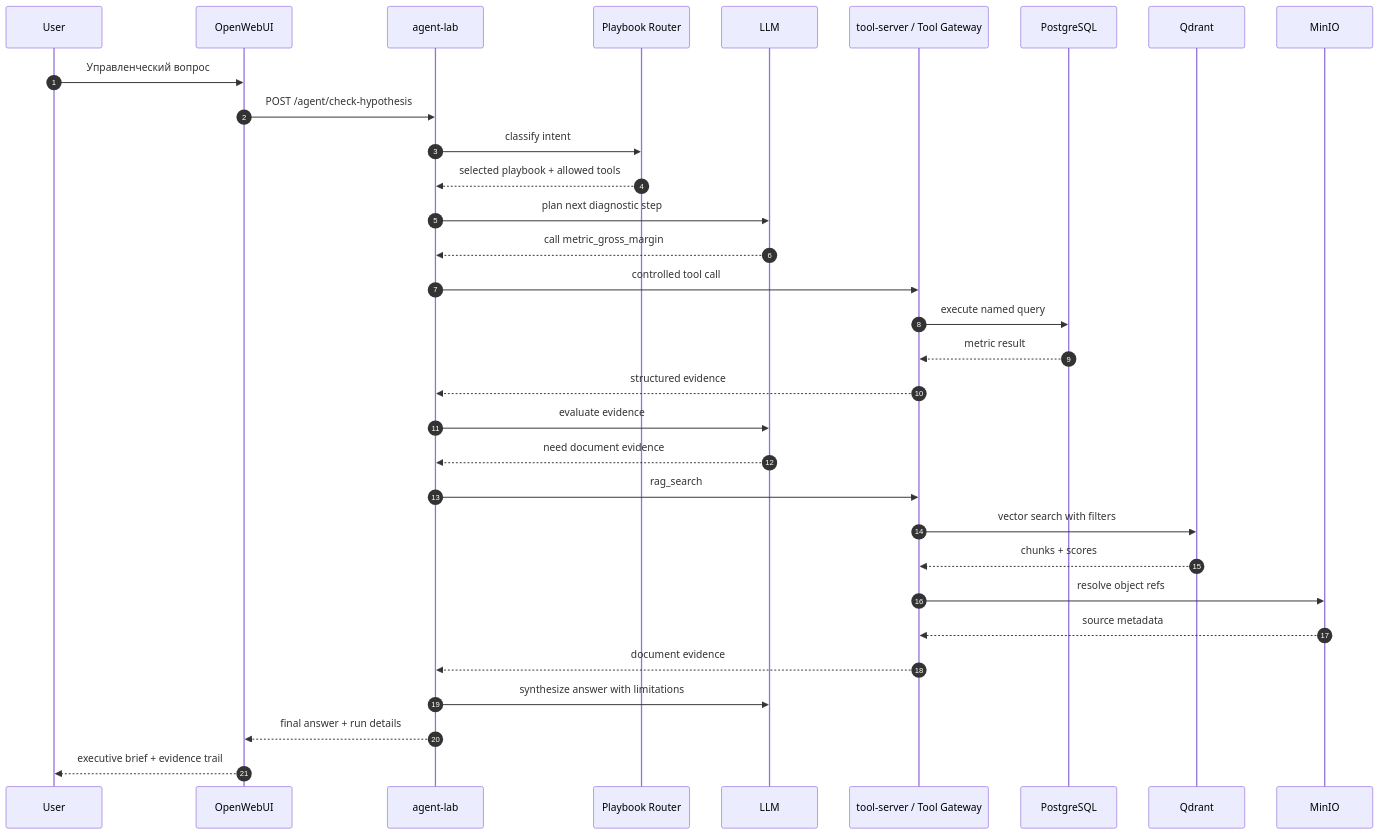
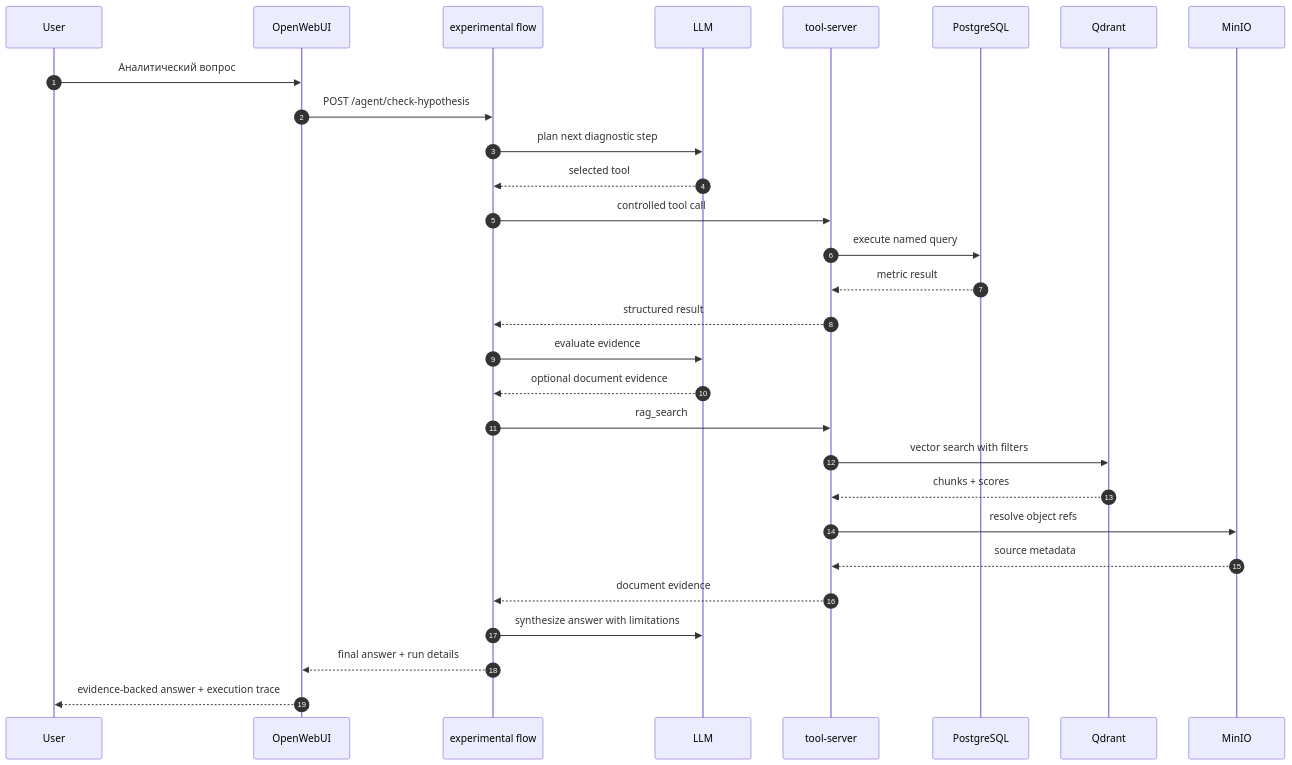
One commit to flatura/portfolio changed the second of 2 diagrams in docs/ru/projects/ai_oip/06-architecture-and-integrations.md. Above: the diagram before and after it, drawn with Mermaid. The commit also changed other lines of this file and 32 other files, not shown here.

````diff
--- a/docs/ru/projects/ai_oip/06-architecture-and-integrations.md
+++ b/docs/ru/projects/ai_oip/06-architecture-and-integrations.md
@@ -44,35 +67,32 @@
 ```mermaid
 sequenceDiagram
     autonumber
     participant U as User
     participant UI as OpenWebUI
-    participant AG as agent-lab
-    participant PB as Playbook Router
+    participant AG as experimental flow
     participant LLM as LLM
-    participant TG as tool-server / Tool Gateway
+    participant TG as tool-server
     participant PG as PostgreSQL
     participant QD as Qdrant
     participant MN as MinIO
 
-    U->>UI: Управленческий вопрос
+    U->>UI: Аналитический вопрос
     UI->>AG: POST /agent/check-hypothesis
-    AG->>PB: classify intent
-    PB-->>AG: selected playbook + allowed tools
     AG->>LLM: plan next diagnostic step
-    LLM-->>AG: call metric_gross_margin
+    LLM-->>AG: selected tool
     AG->>TG: controlled tool call
     TG->>PG: execute named query
     PG-->>TG: metric result
-    TG-->>AG: structured evidence
+    TG-->>AG: structured result
     AG->>LLM: evaluate evidence
-    LLM-->>AG: need document evidence
+    LLM-->>AG: optional document evidence
     AG->>TG: rag_search
     TG->>QD: vector search with filters
     QD-->>TG: chunks + scores
     TG->>MN: resolve object refs
     MN-->>TG: source metadata
     TG-->>AG: document evidence
     AG->>LLM: synthesize answer with limitations
     AG-->>UI: final answer + run details
-    UI-->>U: executive brief + evidence trail
+    UI-->>U: evidence-backed answer + execution trace
 ```
````
